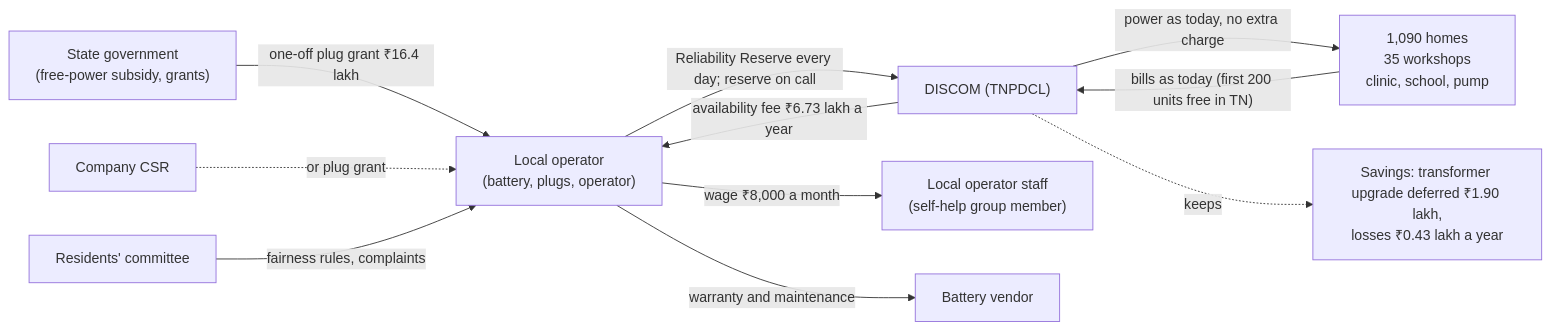
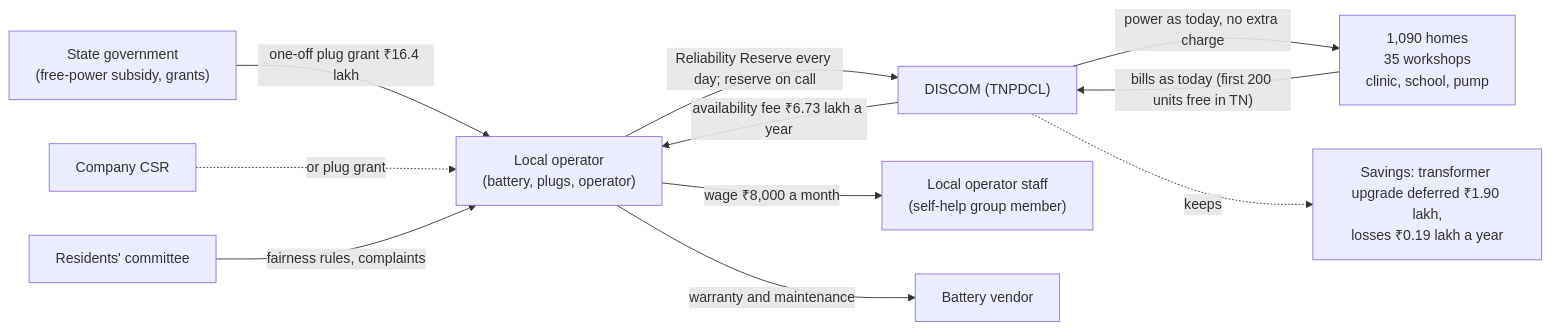
Before and after one commit to HUNT-001/GridSetu: the diagram in docs/OWNERSHIP.md, drawn with Mermaid. The commit also changed other lines of this file and 38 other files, not shown here.

````diff
--- a/docs/OWNERSHIP.md
+++ b/docs/OWNERSHIP.md
@@ -73,13 +73,13 @@
 ```mermaid
 flowchart LR
     S["State government<br/>(free-power subsidy, grants)"] -->|"one-off plug grant ₹16.4 lakh"| OP
     C["Company CSR"] -.->|"or plug grant"| OP
     D["DISCOM (TNPDCL)"] -->|"availability fee ₹6.73 lakh a year"| OP["Local operator<br/>(battery, plugs, operator)"]
     OP -->|"Reliability Reserve every day; reserve on call"| D
     OP -->|"wage ₹8,000 a month"| L["Local operator staff<br/>(self-help group member)"]
     OP -->|"warranty and maintenance"| V["Battery vendor"]
     D -->|"power as today, no extra charge"| H["1,090 homes<br/>35 workshops<br/>clinic, school, pump"]
     H -->|"bills as today (first 200 units free in TN)"| D
     R["Residents' committee"] -->|"fairness rules, complaints"| OP
-    D -.->|"keeps"| G["Savings: transformer upgrade deferred ₹1.90 lakh,<br/>losses ₹0.43 lakh a year"]
+    D -.->|"keeps"| G["Savings: transformer upgrade deferred ₹1.90 lakh,<br/>losses ₹0.19 lakh a year"]
 ```
````
